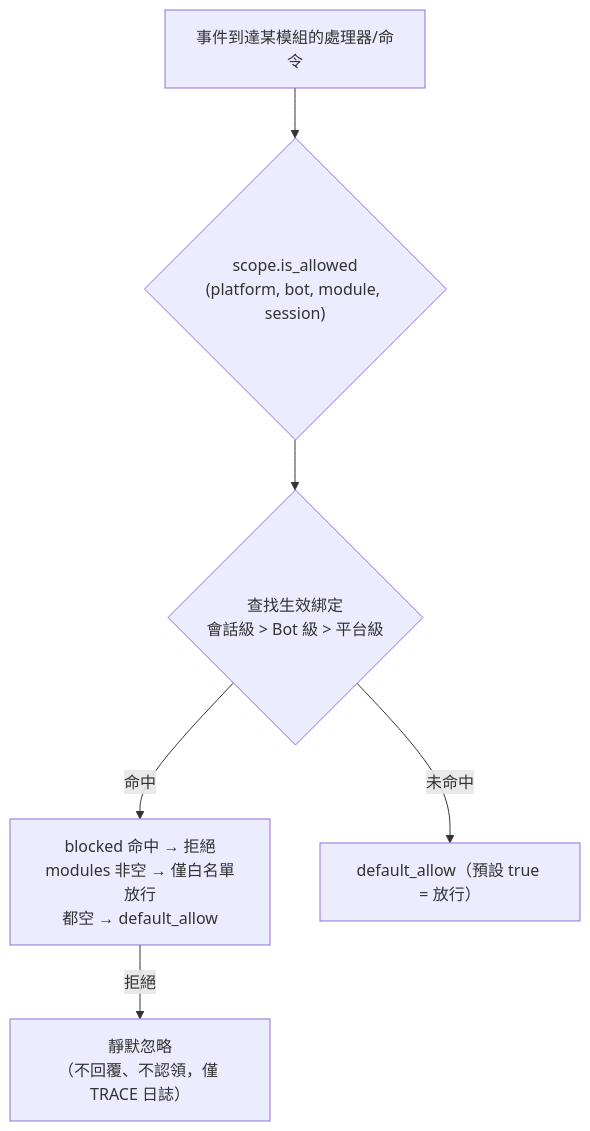
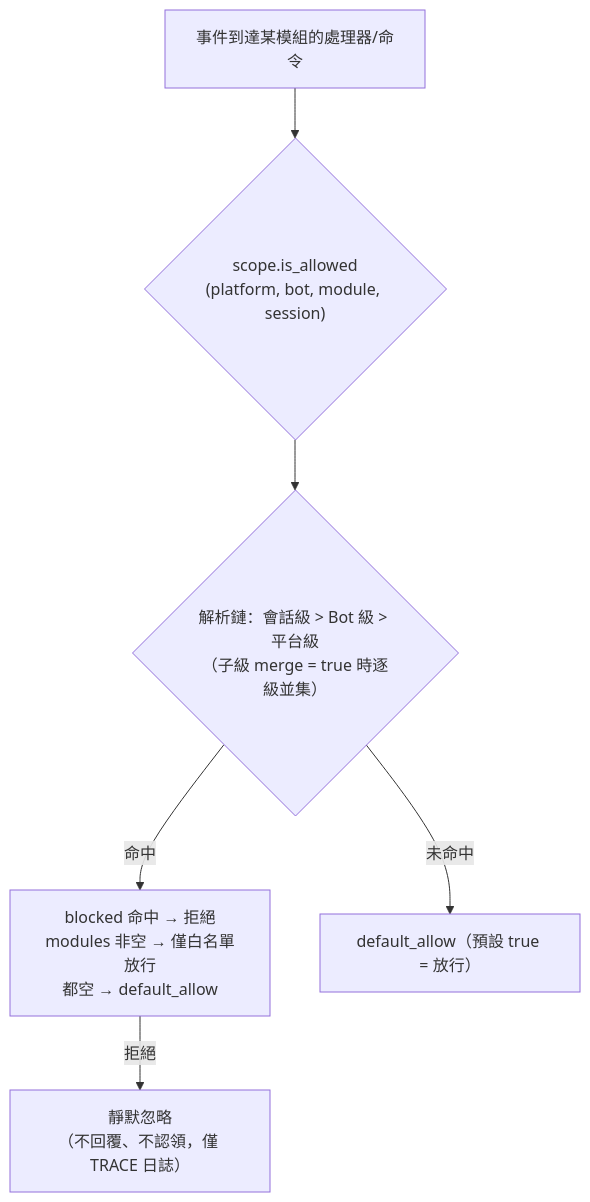
One commit to ErisPulse/ErisPulse changed the diagram in docs/zh-TW/advanced/scope.md. Above: the diagram before and after it, drawn with Mermaid. The commit also changed other lines of this file and 91 other files, not shown here.

````diff
--- a/docs/zh-TW/advanced/scope.md
+++ b/docs/zh-TW/advanced/scope.md
@@ -119,8 +105,8 @@
 ```mermaid
 flowchart TD
     A["事件到達某模組的處理器/命令"] --> B{"scope.is_allowed<br/>(platform, bot, module, session)"}
-    B --> C{"查找生效綁定<br/>會話級 > Bot 級 > 平台級"}
+    B --> C{"解析鏈：會話級 > Bot 級 > 平台級<br/>（子級 merge = true 時逐級並集）"}
     C -->|"命中"| D["blocked 命中 → 拒絕<br/>modules 非空 → 僅白名單放行<br/>都空 → default_allow"]
     C -->|"未命中"| E["default_allow（預設 true = 放行）"]
     D -->|"拒絕"| Z["靜默忽略<br/>（不回覆、不認領，僅 TRACE 日誌）"]
 ```
````
